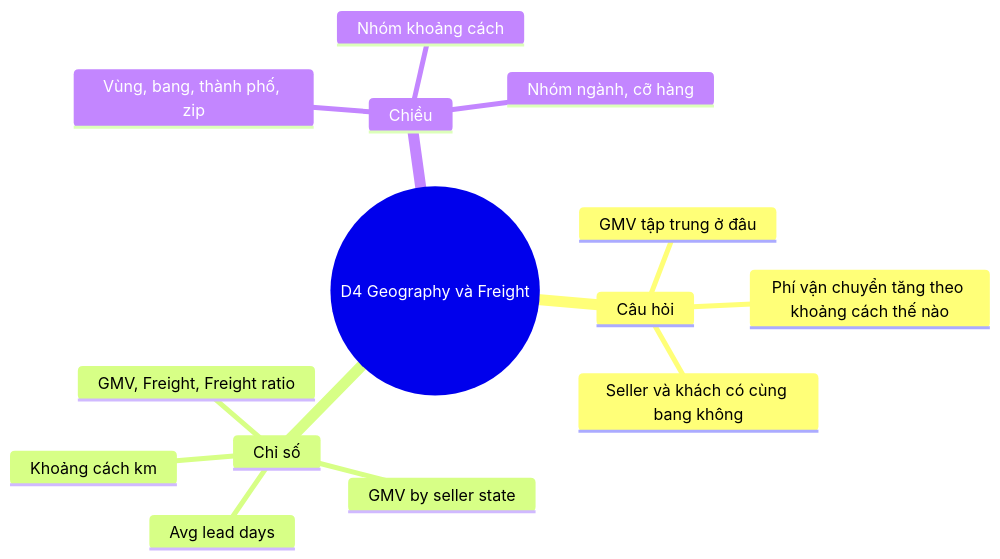
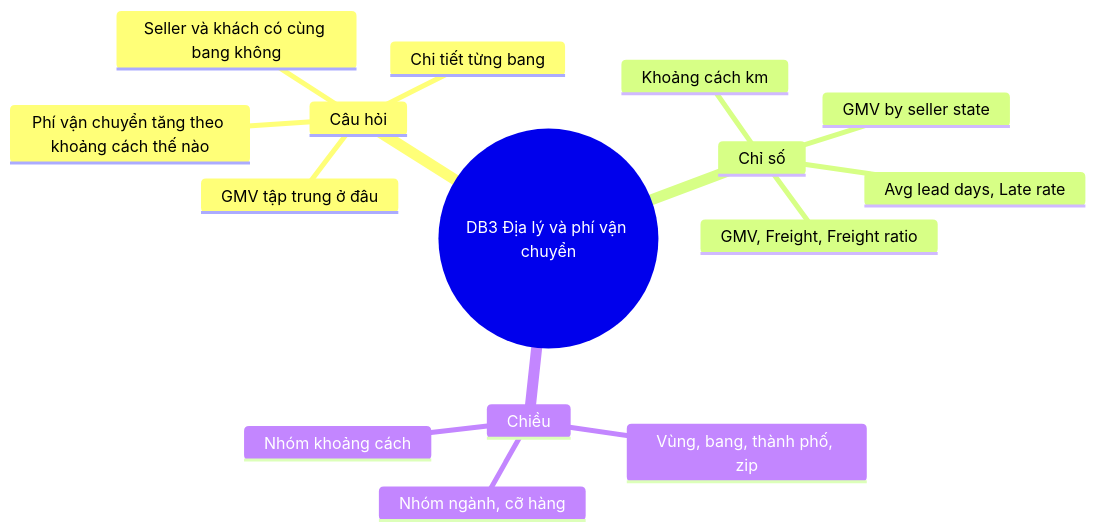
One commit to ThanhPhu01653/olist-dwbi changed the seventh of 8 diagrams in huong-dan/05-nghiep-vu-nhap.md. Above: the diagram before and after it, drawn with Mermaid. The commit also changed other lines of this file and 53 other files, not shown here.

````diff
--- a/huong-dan/05-nghiep-vu-nhap.md
+++ b/huong-dan/05-nghiep-vu-nhap.md
@@ -225,17 +212,18 @@
 ```mermaid
 mindmap
-  root((D4 Geography và Freight))
+  root((DB3 Địa lý và phí vận chuyển))
     Câu hỏi
       GMV tập trung ở đâu
       Phí vận chuyển tăng theo khoảng cách thế nào
       Seller và khách có cùng bang không
+      Chi tiết từng bang
     Chỉ số
       GMV, Freight, Freight ratio
       GMV by seller state
-      Avg lead days
+      Avg lead days, Late rate
       Khoảng cách km
     Chiều
       Vùng, bang, thành phố, zip
       Nhóm ngành, cỡ hàng
       Nhóm khoảng cách
 ```
````
